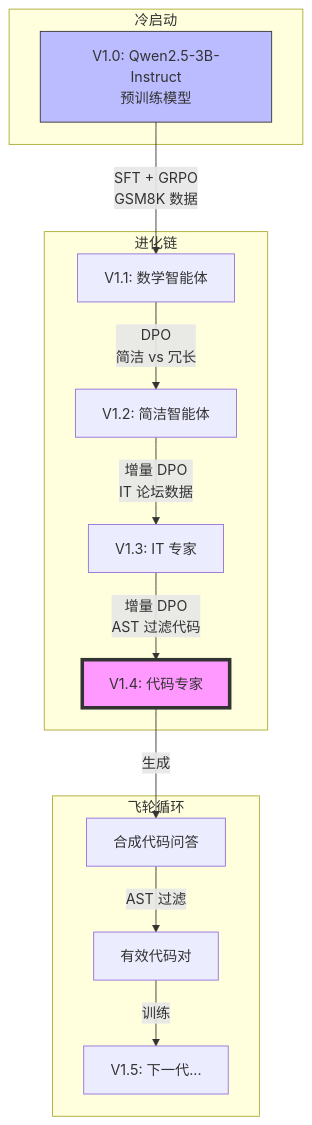
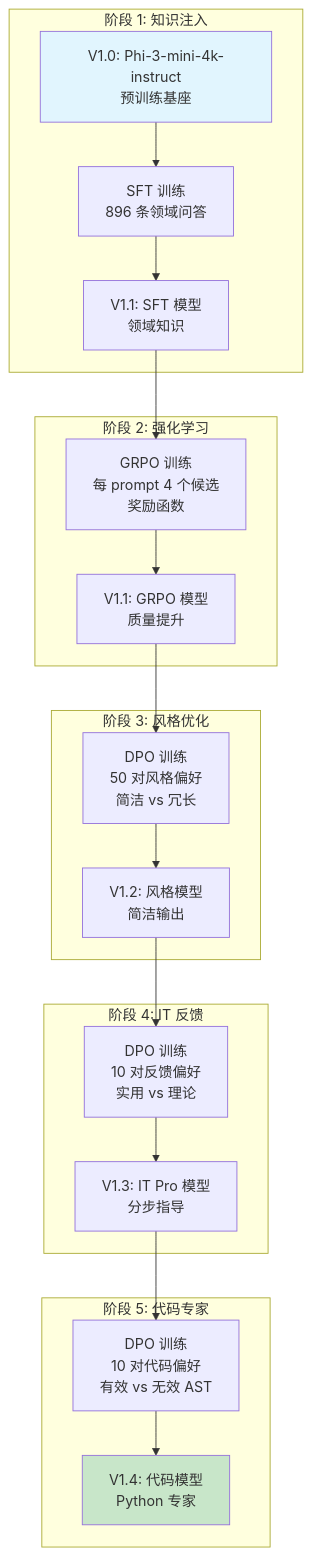
Before and after one commit to david-xinyuwei/david-share: the diagram in Deep-Learning/AIPC-Agent-Training/README-CN.md, drawn with Mermaid. The commit also changed other lines of this file and 23 other files, not shown here.

````diff
--- a/Deep-Learning/AIPC-Agent-Training/README-CN.md
+++ b/Deep-Learning/AIPC-Agent-Training/README-CN.md
@@ -42,22 +24,36 @@
 ```mermaid
-graph TD
-    subgraph "冷启动"
-        V1_0[V1.0: Qwen2.5-3B-Instruct<br/>预训练模型]
+graph TB
+    subgraph "阶段 1: 知识注入"
+        V0[V1.0: Phi-3-mini-4k-instruct<br/>预训练基座]
+        SFT[SFT 训练<br/>896 条领域问答]
+        V1[V1.1: SFT 模型<br/>领域知识]
+        V0 --> SFT --> V1
     end
     
-    subgraph "进化链"
-        V1_0 -->|SFT + GRPO<br/>GSM8K 数据| V1_1[V1.1: 数学智能体]
-        V1_1 -->|DPO<br/>简洁 vs 冗长| V1_2[V1.2: 简洁智能体]
-        V1_2 -->|增量 DPO<br/>IT 论坛数据| V1_3[V1.3: IT 专家]
-        V1_3 -->|增量 DPO<br/>AST 过滤代码| V1_4[V1.4: 代码专家]
+    subgraph "阶段 2: 强化学习"
+        GRPO[GRPO 训练<br/>每 prompt 4 个候选<br/>奖励函数]
+        V1_GRPO[V1.1: GRPO 模型<br/>质量提升]
+        V1 --> GRPO --> V1_GRPO
     end
-
-    subgraph "飞轮循环"
-        V1_4 -->|生成| Data[合成代码问答]
-        Data -->|AST 过滤| Filtered[有效代码对]
-        Filtered -->|训练| V1_5[V1.5: 下一代...]
+    
+    subgraph "阶段 3: 风格优化"
+        DPO1[DPO 训练<br/>50 对风格偏好<br/>简洁 vs 冗长]
+        V2[V1.2: 风格模型<br/>简洁输出]
+        V1_GRPO --> DPO1 --> V2
     end
-
-    style V1_4 fill:#f9f,stroke:#333,stroke-width:4px
-    style V1_0 fill:#bbf,stroke:#333
+    
+    subgraph "阶段 4: IT 反馈"
+        DPO2[DPO 训练<br/>10 对反馈偏好<br/>实用 vs 理论]
+        V3[V1.3: IT Pro 模型<br/>分步指导]
+        V2 --> DPO2 --> V3
+    end
+    
+    subgraph "阶段 5: 代码专家"
+        DPO3[DPO 训练<br/>10 对代码偏好<br/>有效 vs 无效 AST]
+        V4[V1.4: 代码模型<br/>Python 专家]
+        V3 --> DPO3 --> V4
+    end
+    
+    style V0 fill:#e1f5fe
+    style V4 fill:#c8e6c9
 ```
````
